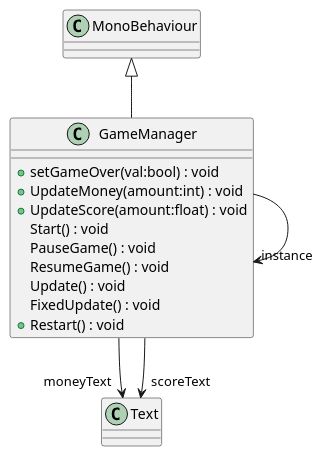
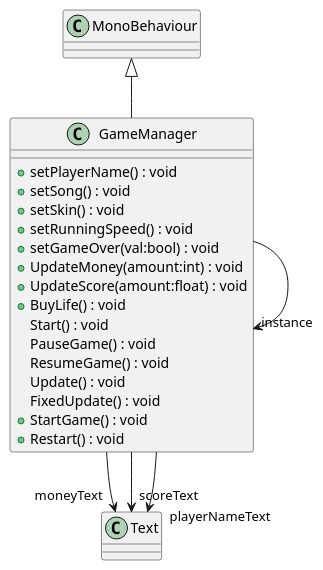
The diagram in UML/TempleRun/Assets/Scripts/GameManager.puml (mariapreda19/ProiectMDS), drawn with PlantUML before and after one commit. The commit also changed 15 other files, not shown here.

Commit message:
Generate UML (Generate UML)

```diff
--- a/UML/TempleRun/Assets/Scripts/GameManager.puml
+++ b/UML/TempleRun/Assets/Scripts/GameManager.puml
@@ -1,17 +1,24 @@
 @startuml
 class GameManager {
+    + setPlayerName() : void
+    + setSong() : void
+    + setSkin() : void
+    + setRunningSpeed() : void
     + setGameOver(val:bool) : void
     + UpdateMoney(amount:int) : void
     + UpdateScore(amount:float) : void
+    + BuyLife() : void
     Start() : void
     PauseGame() : void
     ResumeGame() : void
     Update() : void
     FixedUpdate() : void
+    + StartGame() : void
     + Restart() : void
 }
 MonoBehaviour <|-- GameManager
 GameManager --> "moneyText" Text
 GameManager --> "scoreText" Text
+GameManager --> "playerNameText" Text
 GameManager --> "instance" GameManager
 @enduml
```
